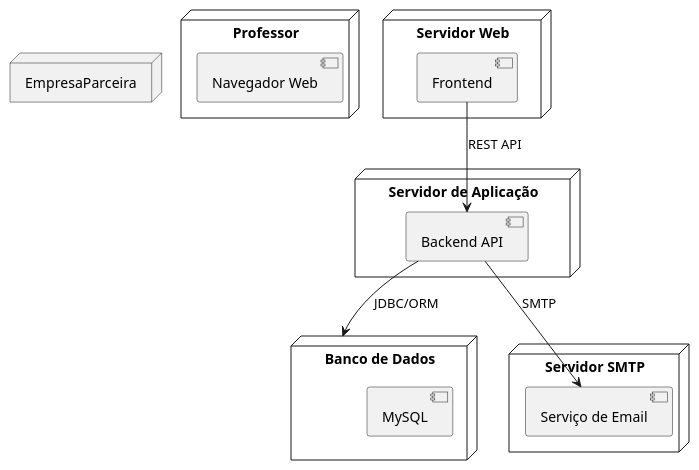
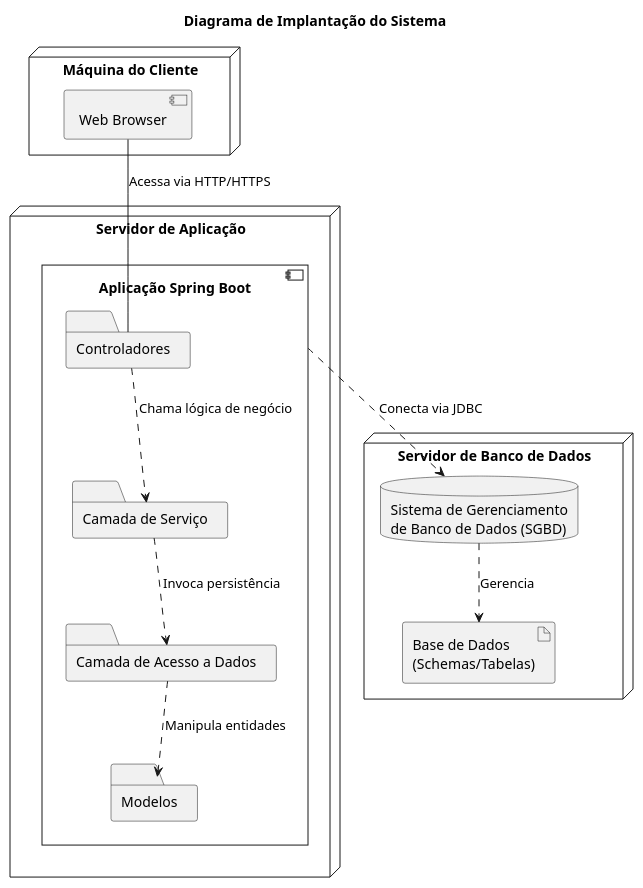
Before and after one commit to renatoctti/Laboratorio03: the diagram in Projeto/Implantacao/Implantacao.wsd, drawn with PlantUML. The commit also changed other lines of this file and 32 other files, not shown here.

Commit message:
Commit atualizacoes dos diagramas

```diff
--- a/Projeto/Implantacao/Implantacao.wsd
+++ b/Projeto/Implantacao/Implantacao.wsd
@@ -2,32 +1,35 @@
-@startuml Diagrma de Implantação
+@startuml Diagrama De Implantacao
+skinparam handwritten false
+skinparam style strictuml
 
+title Diagrama de Implantação do Sistema
 
-node "Professor" {
-  [Navegador Web]
+node "Máquina do Cliente" as Client {
+  component "Web Browser" as WebBrowser
 }
 
-node "EmpresaParceira" {
-  [Navegador Web]
+node "Servidor de Aplicação" as AppServer {
+  component "Aplicação Spring Boot" as SpringApp {
+    folder "Controladores" as ControllersFolder
+    folder "Camada de Serviço" as ServicesFolder
+    folder "Camada de Acesso a Dados" as DAOsFolder
+    folder "Modelos" as ModelsFolder
+  }
 }
 
-node "Servidor Web" {
-  [Frontend]
+node "Servidor de Banco de Dados" as DBServer {
+  database "Sistema de Gerenciamento\nde Banco de Dados (SGBD)" as DBMS
+  artifact "Base de Dados\n(Schemas/Tabelas)" as DatabaseSchema
 }
 
-node "Servidor de Aplicação" {
-  [Backend API]
-}
+' Relacionamentos de deployment e comunicação
+WebBrowser -- (ControllersFolder) : "Acessa via HTTP/HTTPS"
+SpringApp .down.> DBMS : "Conecta via JDBC"
+DBMS .down.> DatabaseSchema : "Gerencia"
 
-node "Banco de Dados" {
-  [MySQL]
-}
+' Relações de contenção interna no SpringApp
+ControllersFolder ..> ServicesFolder : "Chama lógica de negócio"
+ServicesFolder ..> DAOsFolder : "Invoca persistência"
+DAOsFolder ..> ModelsFolder : "Manipula entidades"
 
-node "Servidor SMTP" {
-  [Serviço de Email]
-}
-
-[Frontend] --> [Backend API] : REST API
-
-[Backend API] --> [Banco de Dados] : JDBC/ORM
-[Backend API] --> [Serviço de Email] : SMTP
 @enduml
```
